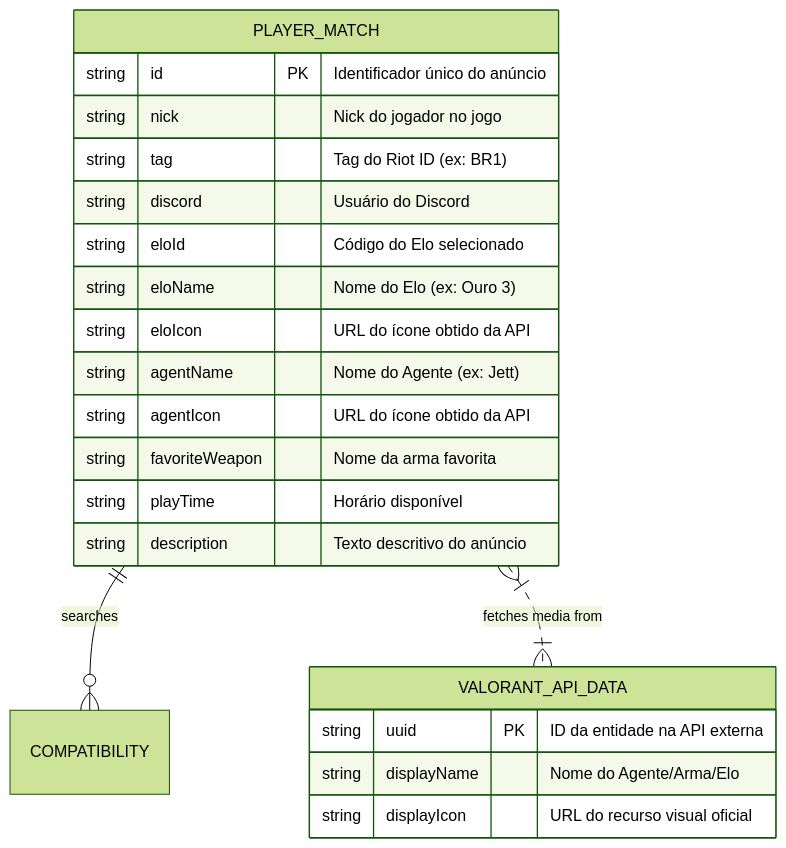
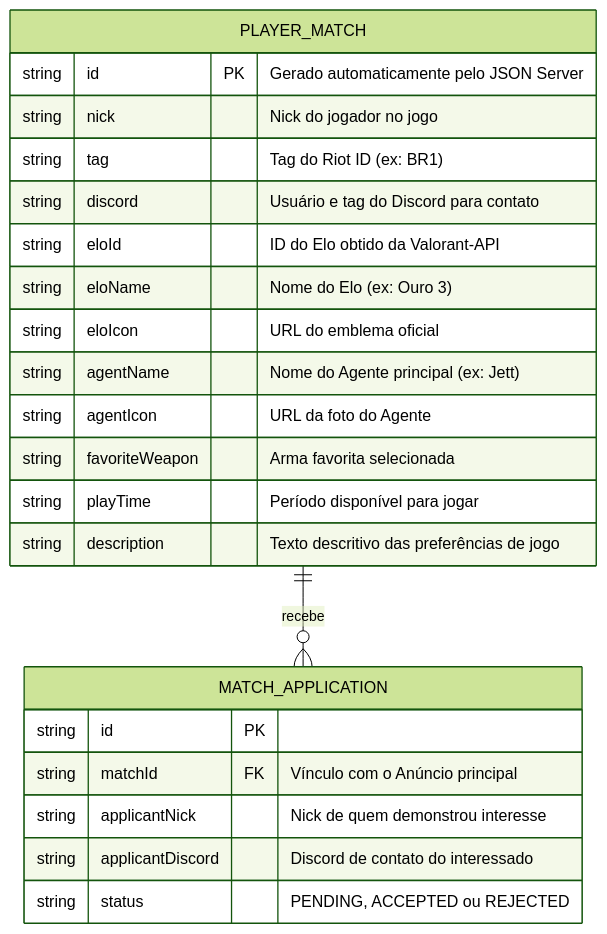
Before and after one commit to luiz-ansiliero/my-match-mates: the diagram in docs/architecture.md, drawn with Mermaid (forest theme). The commit also changed other lines of this file and 2 other files, not shown here.

````diff
--- a/docs/architecture.md
+++ b/docs/architecture.md
@@ -11,26 +9,25 @@
 ```mermaid
 erDiagram
-    PLAYER_MATCH ||--o{ COMPATIBILITY : searches
+    PLAYER_MATCH ||--o{ MATCH_APPLICATION : "recebe"
     PLAYER_MATCH {
-        string id PK "Identificador único do anúncio"
+        string id PK "Gerado automaticamente pelo JSON Server"
         string nick "Nick do jogador no jogo"
         string tag "Tag do Riot ID (ex: BR1)"
-        string discord "Usuário do Discord"
-        string eloId "Código do Elo selecionado"
+        string discord "Usuário e tag do Discord para contato"
+        string eloId "ID do Elo obtido da Valorant-API"
         string eloName "Nome do Elo (ex: Ouro 3)"
-        string eloIcon "URL do ícone obtido da API"
-        string agentName "Nome do Agente (ex: Jett)"
-        string agentIcon "URL do ícone obtido da API"
-        string favoriteWeapon "Nome da arma favorita"
-        string playTime "Horário disponível"
-        string description "Texto descritivo do anúncio"
+        string eloIcon "URL do emblema oficial"
+        string agentName "Nome do Agente principal (ex: Jett)"
+        string agentIcon "URL da foto do Agente"
+        string favoriteWeapon "Arma favorita selecionada"
+        string playTime "Período disponível para jogar"
+        string description "Texto descritivo das preferências de jogo"
     }
-
-    VALORANT_API_DATA {
-        string uuid PK "ID da entidade na API externa"
-        string displayName "Nome do Agente/Arma/Elo"
-        string displayIcon "URL do recurso visual oficial"
+    MATCH_APPLICATION {
+        string id PK
+        string matchId FK "Vínculo com o Anúncio principal"
+        string applicantNick "Nick de quem demonstrou interesse"
+        string applicantDiscord "Discord de contato do interessado"
+        string status "PENDING, ACCEPTED ou REJECTED"
     }
-
-    PLAYER_MATCH }|..|{ VALORANT_API_DATA : "fetches media from"
 ```
````
